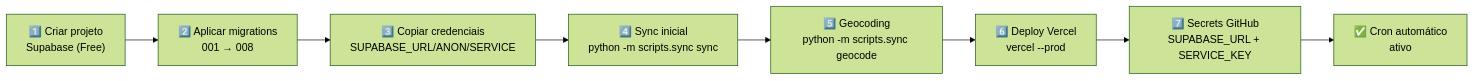
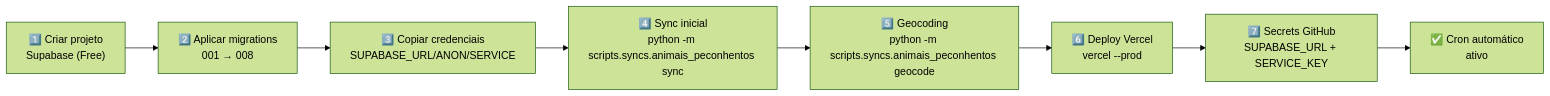
The fifth of 5 diagrams in README.md (Codar-Sistemas/hospitais-referencia-api), drawn with Mermaid (forest theme) before and after one commit. The commit also changed other lines of this file and 10 other files, not shown here.

First line of the commit message:
refactor(scripts): rename scripts/sync → scripts/syncs/animais_peconhentos

````diff
--- a/README.md
+++ b/README.md
@@ -527,10 +530,10 @@
 ```mermaid
 graph LR
     A["1️⃣ Criar projeto<br/>Supabase (Free)"] --> B["2️⃣ Aplicar migrations<br/>001 → 008"]
     B --> C["3️⃣ Copiar credenciais<br/>SUPABASE_URL/ANON/SERVICE"]
-    C --> D["4️⃣ Sync inicial<br/>python -m scripts.sync sync"]
-    D --> E["5️⃣ Geocoding<br/>python -m scripts.sync geocode"]
+    C --> D["4️⃣ Sync inicial<br/>python -m scripts.syncs.animais_peconhentos sync"]
+    D --> E["5️⃣ Geocoding<br/>python -m scripts.syncs.animais_peconhentos geocode"]
     E --> F["6️⃣ Deploy Vercel<br/>vercel --prod"]
     F --> G["7️⃣ Secrets GitHub<br/>SUPABASE_URL + SERVICE_KEY"]
     G --> H["✅ Cron automático<br/>ativo"]
 ```
````
